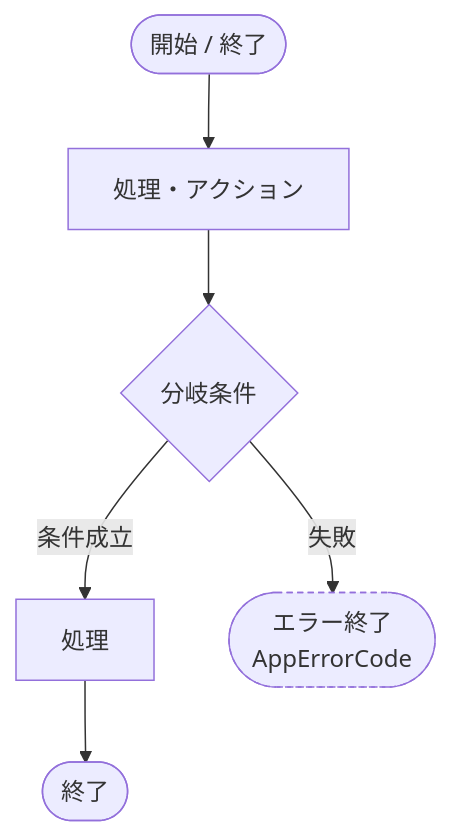
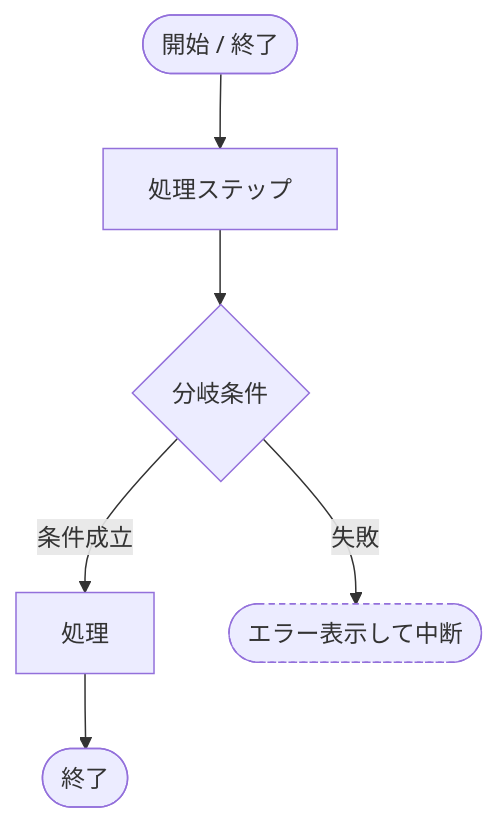
The first of 28 diagrams in docs/内部設計/アクティビティ図.md (ekusy/shopping-list-app-flutter), drawn with Mermaid before and after one commit. The commit also changed other lines of this file, not shown here.

First line of the commit message:
docs: アクティビティ図を処理の流れ・分岐の説明に集中させて改稿

````diff
--- a/docs/内部設計/アクティビティ図.md
+++ b/docs/内部設計/アクティビティ図.md
@@ -14,9 +15,9 @@
 ```mermaid
 flowchart TD
-    S([開始 / 終了]) --> A[処理・アクション]
+    S([開始 / 終了]) --> A[処理ステップ]
     A --> Q{分岐条件}
     Q -->|条件成立| B[処理]
-    Q -->|失敗| ERR([エラー終了<br/>AppErrorCode]):::err
+    Q -->|失敗| ERR([エラー表示して中断]):::err
     B --> E([終了])
     classDef err stroke-dasharray: 4 3
 ```
````
